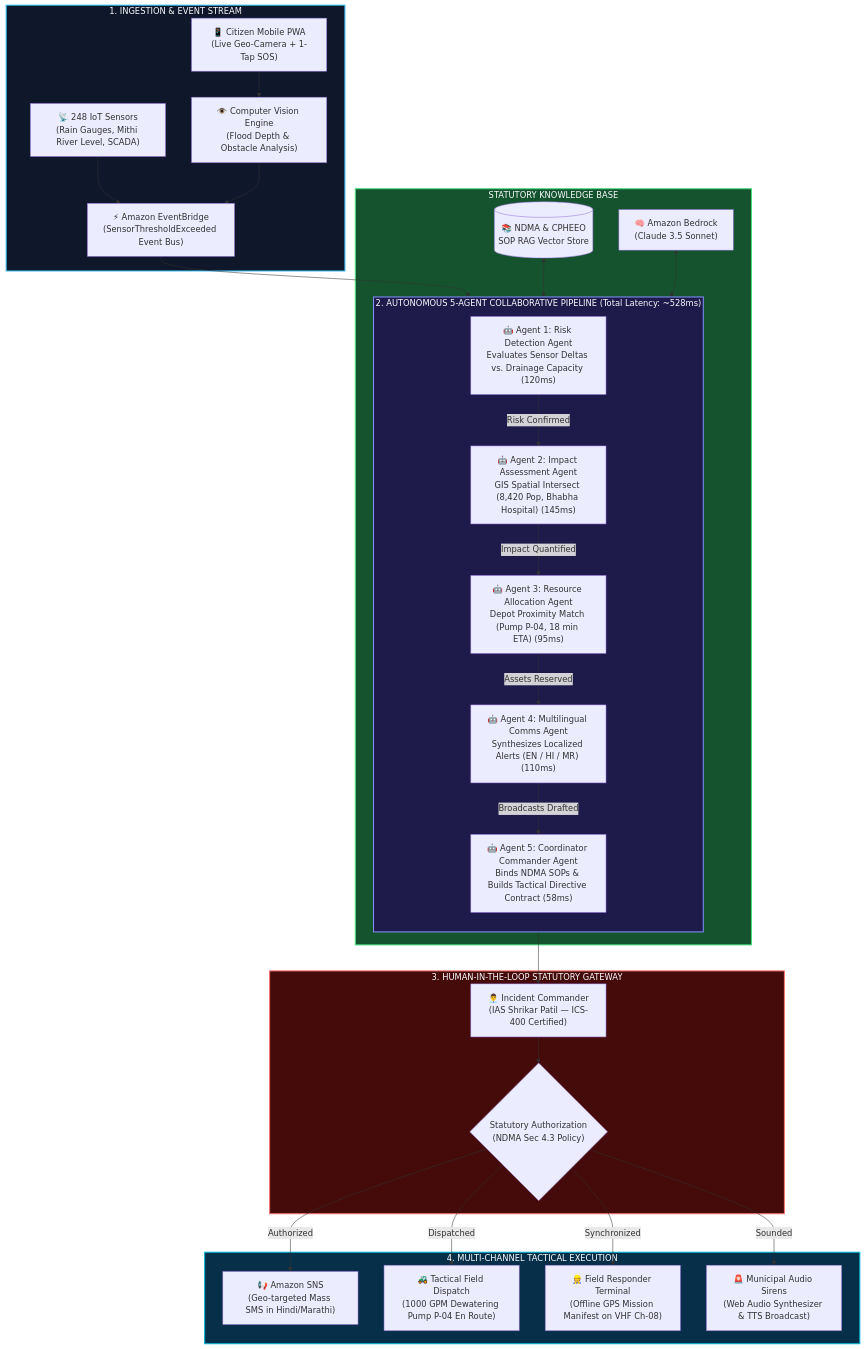
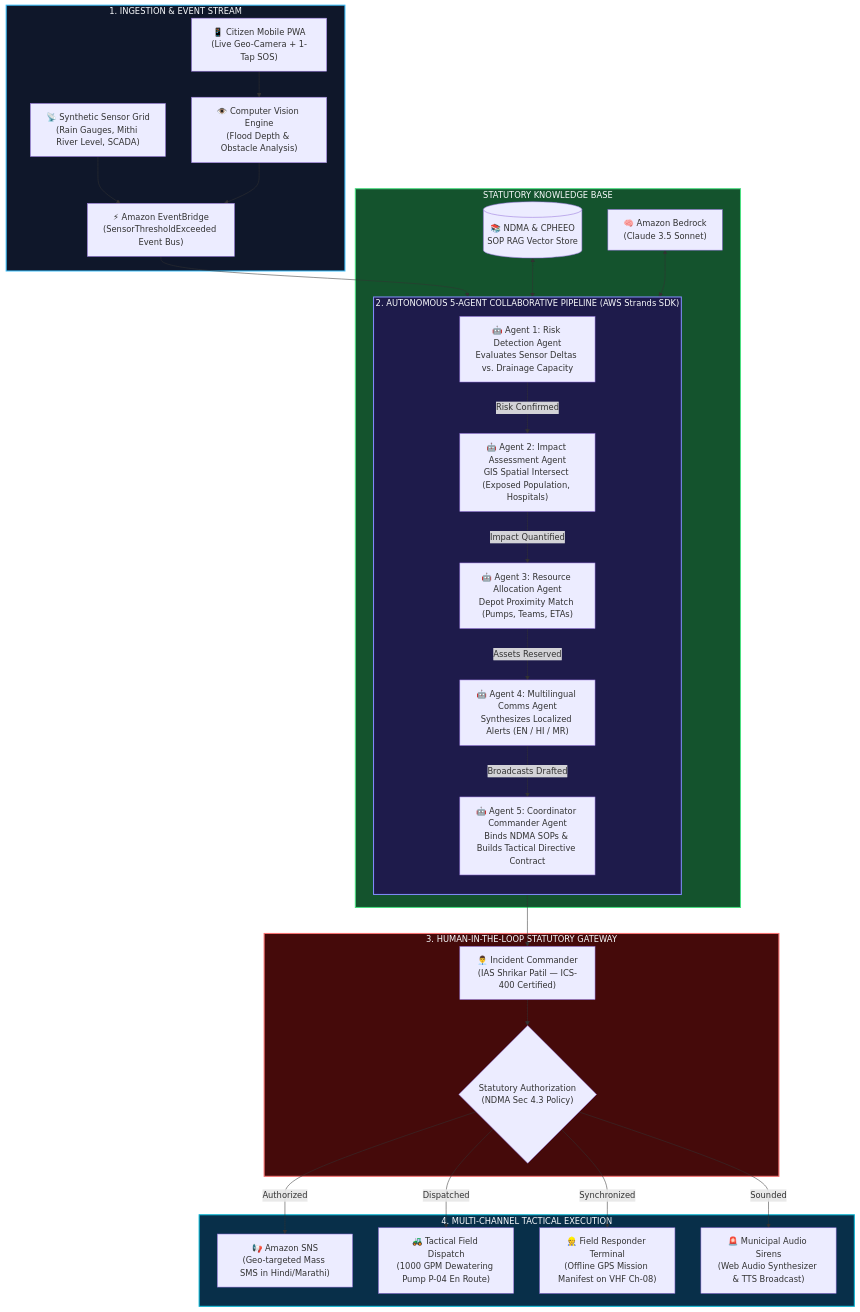
Before and after one commit to RiyanshiVerma-11/JalRakshak-AI: the first of 3 diagrams in README.md, drawn with Mermaid. The commit also changed other lines of this file and 44 other files, not shown here.

First line of the commit message:
feat: integrate AWS Strands Agents SDK, AWS Cedar RBAC, and SAM IaC

````diff
--- a/README.md
+++ b/README.md
@@ -43,61 +43,61 @@
 ```mermaid
 flowchart TD
     subgraph INGESTION["1. INGESTION & EVENT STREAM"]
-        IoT["📡 248 IoT Sensors<br/>(Rain Gauges, Mithi River Level, SCADA)"]
+        IoT["📡 Synthetic Sensor Grid<br/>(Rain Gauges, Mithi River Level, SCADA)"]
         CitizenApp["📱 Citizen Mobile PWA<br/>(Live Geo-Camera + 1-Tap SOS)"]
         CV["👁️ Computer Vision Engine<br/>(Flood Depth & Obstacle Analysis)"]
         EventBridge["⚡ Amazon EventBridge<br/>(SensorThresholdExceeded Event Bus)"]
         
         CitizenApp --> CV
         IoT --> EventBridge
         CV --> EventBridge
     end
 
-    subgraph STRANDS["2. AUTONOMOUS 5-AGENT COLLABORATIVE PIPELINE (Total Latency: ~528ms)"]
+    subgraph STRANDS["2. AUTONOMOUS 5-AGENT COLLABORATIVE PIPELINE (AWS Strands SDK)"]
         direction TB
-        A1["🤖 Agent 1: Risk Detection Agent<br/>Evaluates Sensor Deltas vs. Drainage Capacity (120ms)"]
-        A2["🤖 Agent 2: Impact Assessment Agent<br/>GIS Spatial Intersect (8,420 Pop, Bhabha Hospital) (145ms)"]
-        A3["🤖 Agent 3: Resource Allocation Agent<br/>Depot Proximity Match (Pump P-04, 18 min ETA) (95ms)"]
-        A4["🤖 Agent 4: Multilingual Comms Agent<br/>Synthesizes Localized Alerts (EN / HI / MR) (110ms)"]
-        A5["🤖 Agent 5: Coordinator Commander Agent<br/>Binds NDMA SOPs & Builds Tactical Directive Contract (58ms)"]
+        A1["🤖 Agent 1: Risk Detection Agent<br/>Evaluates Sensor Deltas vs. Drainage Capacity"]
+        A2["🤖 Agent 2: Impact Assessment Agent<br/>GIS Spatial Intersect (Exposed Population, Hospitals)"]
+        A3["🤖 Agent 3: Resource Allocation Agent<br/>Depot Proximity Match (Pumps, Teams, ETAs)"]
+        A4["🤖 Agent 4: Multilingual Comms Agent<br/>Synthesizes Localized Alerts (EN / HI / MR)"]
+        A5["🤖 Agent 5: Coordinator Commander Agent<br/>Binds NDMA SOPs & Builds Tactical Directive Contract"]
         
         EventBridge --> A1
         A1 -->|Risk Confirmed| A2
         A2 -->|Impact Quantified| A3
         A3 -->|Assets Reserved| A4
         A4 -->|Broadcasts Drafted| A5
     end
 
     subgraph RAG["STATUTORY KNOWLEDGE BASE"]
         RAGEngine[("📚 NDMA & CPHEEO<br/>SOP RAG Vector Store")]
         RAGEngine <--> A5
         Bedrock["🧠 Amazon Bedrock<br/>(Claude 3.5 Sonnet)"]
         Bedrock <--> STRANDS
     end
 
     subgraph HITL["3. HUMAN-IN-THE-LOOP STATUTORY GATEWAY"]
         Commander["👨‍💼 Incident Commander<br/>(IAS Shrikar Patil — ICS-400 Certified)"]
         RBAC{"Statutory Authorization<br/>(NDMA Sec 4.3 Policy)"}
         
         A5 --> Commander
         Commander --> RBAC
     end
 
     subgraph EXECUTION["4. MULTI-CHANNEL TACTICAL EXECUTION"]
         SNS["📢 Amazon SNS<br/>(Geo-targeted Mass SMS in Hindi/Marathi)"]
         Pumps["🚜 Tactical Field Dispatch<br/>(1000 GPM Dewatering Pump P-04 En Route)"]
         FieldOps["👷 Field Responder Terminal<br/>(Offline GPS Mission Manifest on VHF Ch-08)"]
         Sirens["🚨 Municipal Audio Sirens<br/>(Web Audio Synthesizer & TTS Broadcast)"]
         
         RBAC -->|Authorized| SNS
         RBAC -->|Dispatched| Pumps
         RBAC -->|Synchronized| FieldOps
         RBAC -->|Sounded| Sirens
     end
 
     style INGESTION fill:#0f172a,stroke:#38bdf8,stroke-width:2px,color:#f8fafc
     style STRANDS fill:#1e1b4b,stroke:#818cf8,stroke-width:2px,color:#f8fafc
     style RAG fill:#14532d,stroke:#4ade80,stroke-width:2px,color:#f8fafc
     style HITL fill:#450a0a,stroke:#f87171,stroke-width:2px,color:#f8fafc
     style EXECUTION fill:#082f49,stroke:#06b6d4,stroke-width:2px,color:#f8fafc
 ```
````
